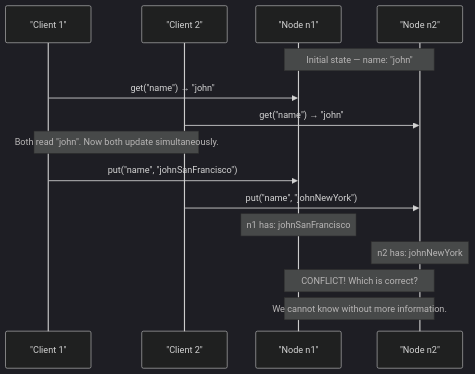
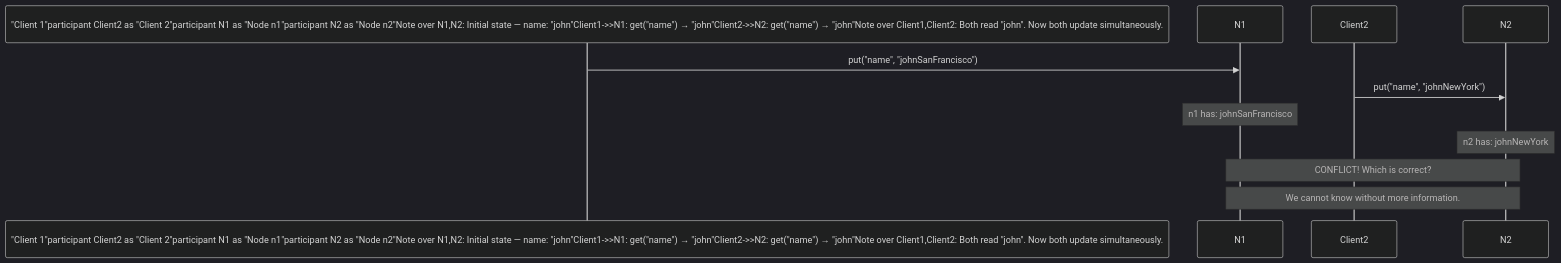
The ninth of 22 diagrams in content/posts/2026/design-a-key-value-store.md (devops-monk/system-design-blog), drawn with Mermaid (dark theme) before and after one commit. The commit also changed other lines of this file and 5 other files, not shown here.

````diff
--- a/content/posts/2026/design-a-key-value-store.md
+++ b/content/posts/2026/design-a-key-value-store.md
@@ -321,21 +315,12 @@
 ```mermaid
 sequenceDiagram
-    participant Client1 as "Client 1"
-    participant Client2 as "Client 2"
-    participant N1 as "Node n1"
-    participant N2 as "Node n2"
-
-    Note over N1,N2: Initial state — name: "john"
-    Client1->>N1: get("name") → "john"
-    Client2->>N2: get("name") → "john"
-
-    Note over Client1,Client2: Both read "john". Now both update simultaneously.
+    participant Client1 as "Client 1"participant Client2 as "Client 2"participant N1 as "Node n1"participant N2 as "Node n2"Note over N1,N2: Initial state — name: "john"Client1->>N1: get("name") → "john"Client2->>N2: get("name") → "john"Note over Client1,Client2: Both read "john". Now both update simultaneously.
 
     Client1->>N1: put("name", "johnSanFrancisco")
     Client2->>N2: put("name", "johnNewYork")
 
     Note over N1: n1 has: johnSanFrancisco
     Note over N2: n2 has: johnNewYork
     Note over N1,N2: CONFLICT! Which is correct?
     Note over N1,N2: We cannot know without more information.
 ```
````
